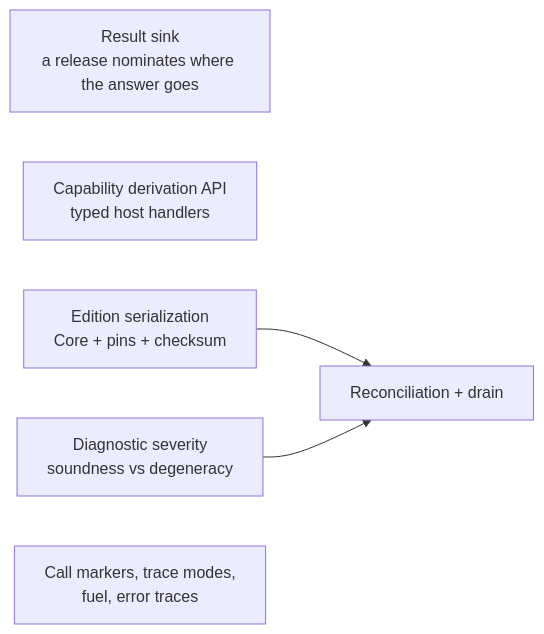
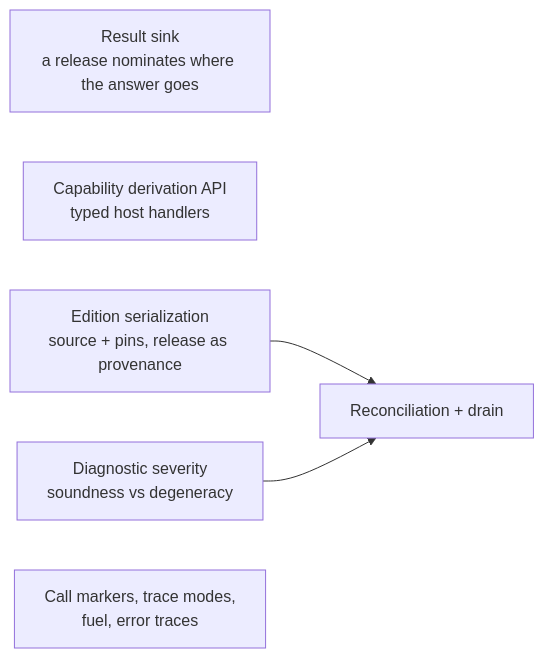
The diagram in docs/host-integration-roadmap.md (txsmith/klein), drawn with Mermaid before and after one commit. The commit also changed other lines of this file and 2 other files, not shown here.

Commit message:
Rebase edition serialization on the pin map with the release as provenance

````diff
--- a/docs/host-integration-roadmap.md
+++ b/docs/host-integration-roadmap.md
@@ -45,14 +45,14 @@
 ```mermaid
     graph LR
     SINK["Result sink<br/>a release nominates where the answer goes"]
     DERIVE["Capability derivation API<br/>typed host handlers"]
 
-    ED["Edition serialization<br/>Core + pins + checksum"]
+    ED["Edition serialization<br/>source + pins, release as provenance"]
     SEV["Diagnostic severity<br/>soundness vs degeneracy"]
     RECON["Reconciliation + drain"]
 
     TRACE["Call markers, trace modes,<br/>fuel, error traces"]
 
     ED --> RECON
     SEV --> RECON
 ```
````
